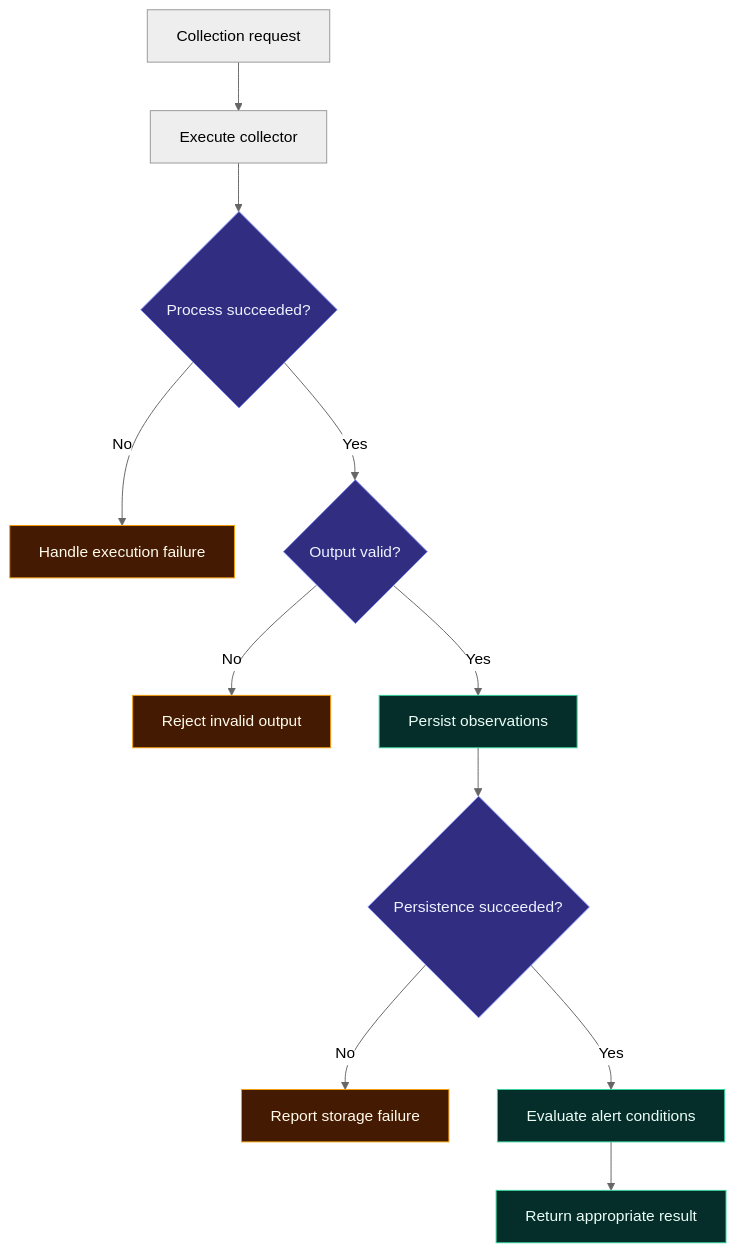
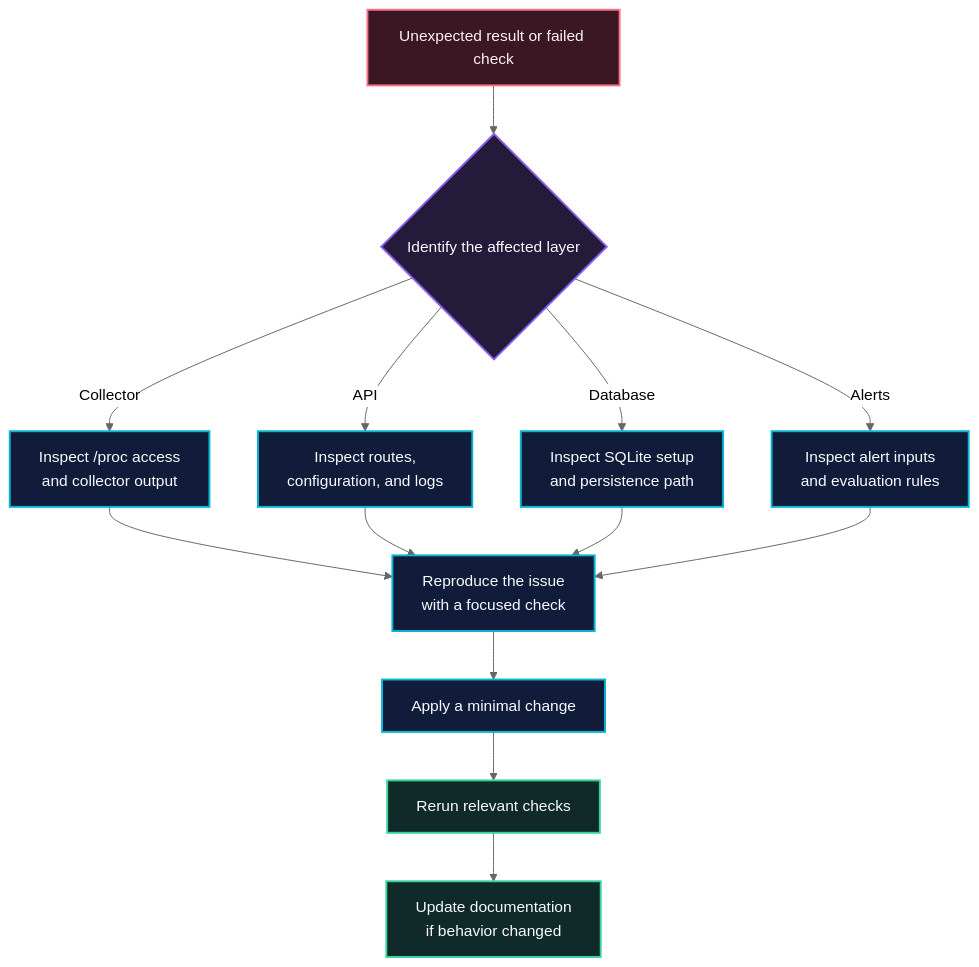
One commit to akankshad1712/sysatlas changed the third of 3 diagrams in README.md. Above: the diagram before and after it, drawn with Mermaid (neutral theme). The commit also changed other lines of this file, not shown here.

````diff
--- a/README.md
+++ b/README.md
@@ -388,21 +302,28 @@
 ```mermaid
 flowchart TD
-    START["Collection request"] --> RUN["Execute collector"]
-    RUN --> RESULT{"Process succeeded?"}
-    RESULT -->|No| PROCESS_ERROR["Handle execution failure"]
-    RESULT -->|Yes| FORMAT{"Output valid?"}
-    FORMAT -->|No| DATA_ERROR["Reject invalid output"]
-    FORMAT -->|Yes| PERSIST["Persist observations"]
-    PERSIST --> DB_RESULT{"Persistence succeeded?"}
-    DB_RESULT -->|No| STORAGE_ERROR["Report storage failure"]
-    DB_RESULT -->|Yes| EVALUATE["Evaluate alert conditions"]
-    EVALUATE --> DONE["Return appropriate result"]
+    START["Unexpected result or failed check"] --> AREA{"Identify the affected layer"}
 
-    classDef decision fill:#312E81,stroke:#818CF8,color:#EEF2FF
-    classDef success fill:#052E2B,stroke:#34D399,color:#ECFDF5
-    classDef failure fill:#451A03,stroke:#F59E0B,color:#FFFBEB
+    AREA -->|Collector| COL["Inspect /proc access<br/>and collector output"]
+    AREA -->|API| API["Inspect routes,<br/>configuration, and logs"]
+    AREA -->|Database| DB["Inspect SQLite setup<br/>and persistence path"]
+    AREA -->|Alerts| ALERT["Inspect alert inputs<br/>and evaluation rules"]
 
-    class RESULT,FORMAT,DB_RESULT decision
-    class PERSIST,EVALUATE,DONE success
-    class PROCESS_ERROR,DATA_ERROR,STORAGE_ERROR failure
+    COL --> TEST["Reproduce the issue<br/>with a focused check"]
+    API --> TEST
+    DB --> TEST
+    ALERT --> TEST
+
+    TEST --> FIX["Apply a minimal change"]
+    FIX --> VERIFY["Rerun relevant checks"]
+    VERIFY --> DOC["Update documentation<br/>if behavior changed"]
+
+    classDef start fill:#3B1724,stroke:#FB7185,color:#FFF1F2,stroke-width:2px
+    classDef decision fill:#241B3B,stroke:#8B5CF6,color:#F8FAFC,stroke-width:2px
+    classDef action fill:#111C3B,stroke:#06B6D4,color:#F8FAFC,stroke-width:2px
+    classDef complete fill:#102A2A,stroke:#34D399,color:#F8FAFC,stroke-width:2px
+
+    class START start
+    class AREA decision
+    class COL,API,DB,ALERT,TEST,FIX action
+    class VERIFY,DOC complete
 ```
````
